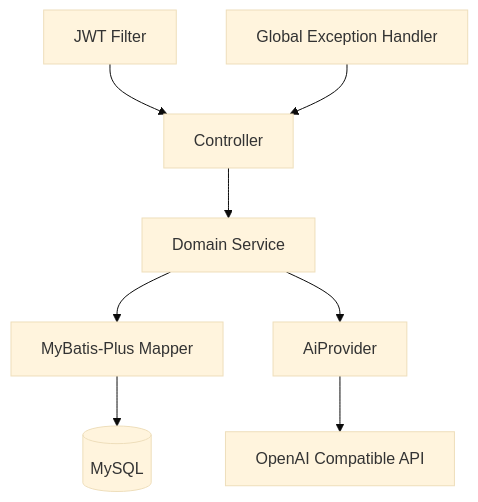
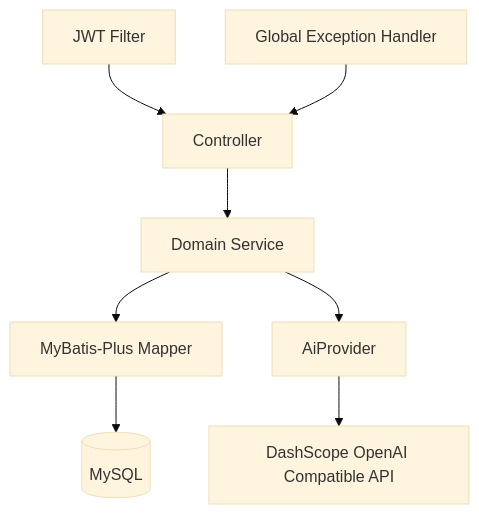
One commit to maple0511/vueblog changed the second of 3 diagrams in docs/architecture.md. Above: the diagram before and after it, drawn with Mermaid (base theme). The commit also changed other lines of this file and 11 other files, not shown here.

Commit message:
feat: integrate Qwen DashScope compatible provider

````diff
--- a/docs/architecture.md
+++ b/docs/architecture.md
@@ -21,10 +21,10 @@
 ```mermaid
 flowchart TB
   C[Controller] --> S[Domain Service]
   S --> R[MyBatis-Plus Mapper]
   R --> DB[(MySQL)]
   S --> P[AiProvider]
-  P --> O[OpenAI Compatible API]
+  P --> O[DashScope OpenAI Compatible API]
   F[JWT Filter] --> C
   E[Global Exception Handler] --> C
 ```
````
